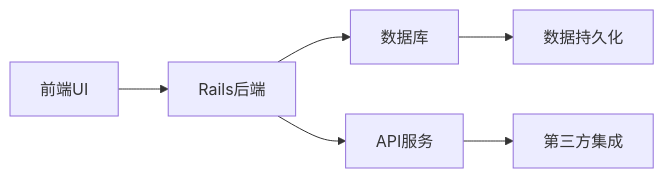
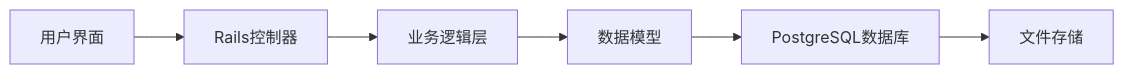
Before and after one commit to wayyoungboy/github-trending-reporter: the tenth of 12 diagrams in reports/2026/01/2026-01-13.md, drawn with Mermaid. The commit also changed other lines of this file and 1 other file, not shown here.

````diff
--- a/reports/2026/01/2026-01-13.md
+++ b/reports/2026/01/2026-01-13.md
@@ -514,8 +526,8 @@
 ```mermaid
 graph LR
-    A[前端UI] --> B[Rails后端]
-    B --> C[数据库]
-    B --> D[API服务]
-    D --> E[第三方集成]
-    C --> F[数据持久化]
+    A[用户界面] --> B[Rails控制器]
+    B --> C[业务逻辑层]
+    C --> D[数据模型]
+    D --> E[PostgreSQL数据库]
+    E --> F[文件存储]
 ```
````
